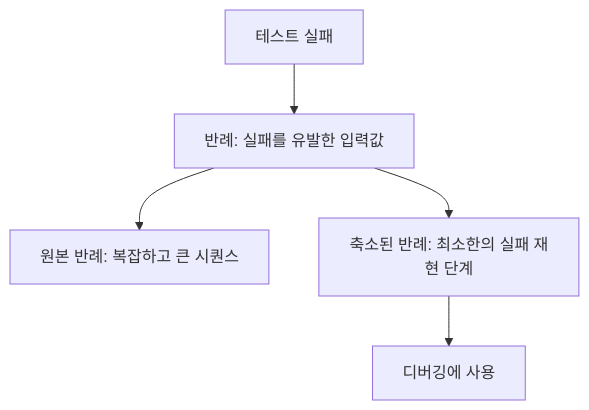
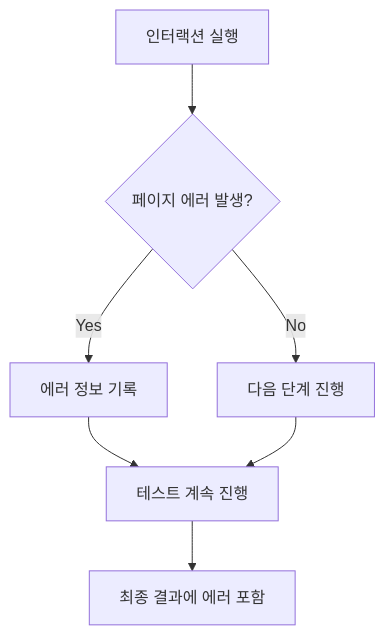
Before and after one commit to YahngSungho/Monorepo: the ninth of 10 diagrams in storybook/e2e/universal-testers.md, drawn with Mermaid. The commit also changed other lines of this file and 5 other files, not shown here.

````diff
--- a/storybook/e2e/universal-testers.md
+++ b/storybook/e2e/universal-testers.md
@@ -333,7 +415,9 @@
 ```mermaid
 flowchart TD
-    A[테스트 실패] --> B[반례: 실패를 유발한 입력값]
-    B --> C[원본 반례: 복잡하고 큰 시퀀스]
-    B --> D[축소된 반례: 최소한의 실패 재현 단계]
-    D --> E[디버깅에 사용]
+    A[인터랙션 실행] --> B{페이지 에러 발생?}
+    B -->|Yes| C[에러 정보 기록]
+    B -->|No| D[다음 단계 진행]
+    C --> E[테스트 계속 진행]
+    D --> E
+    E --> F[최종 결과에 에러 포함]
 ```
````
